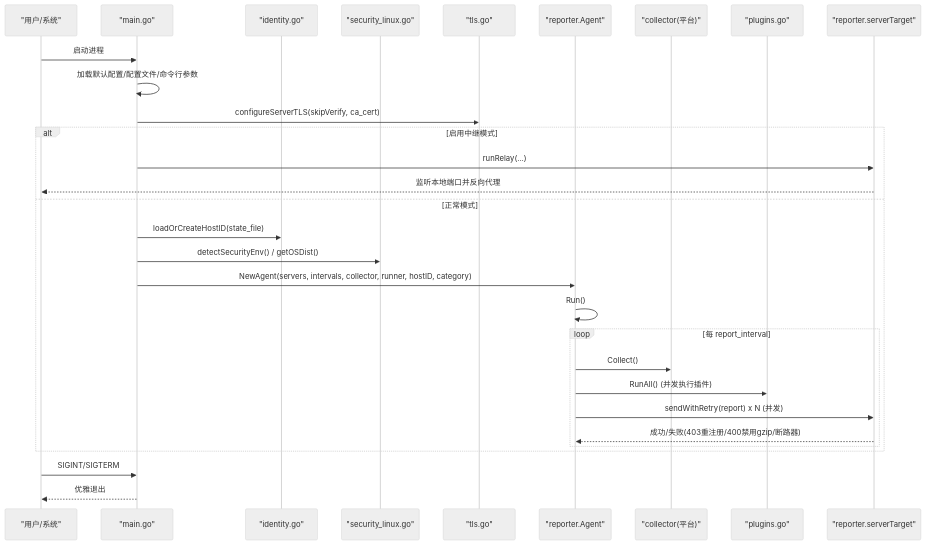
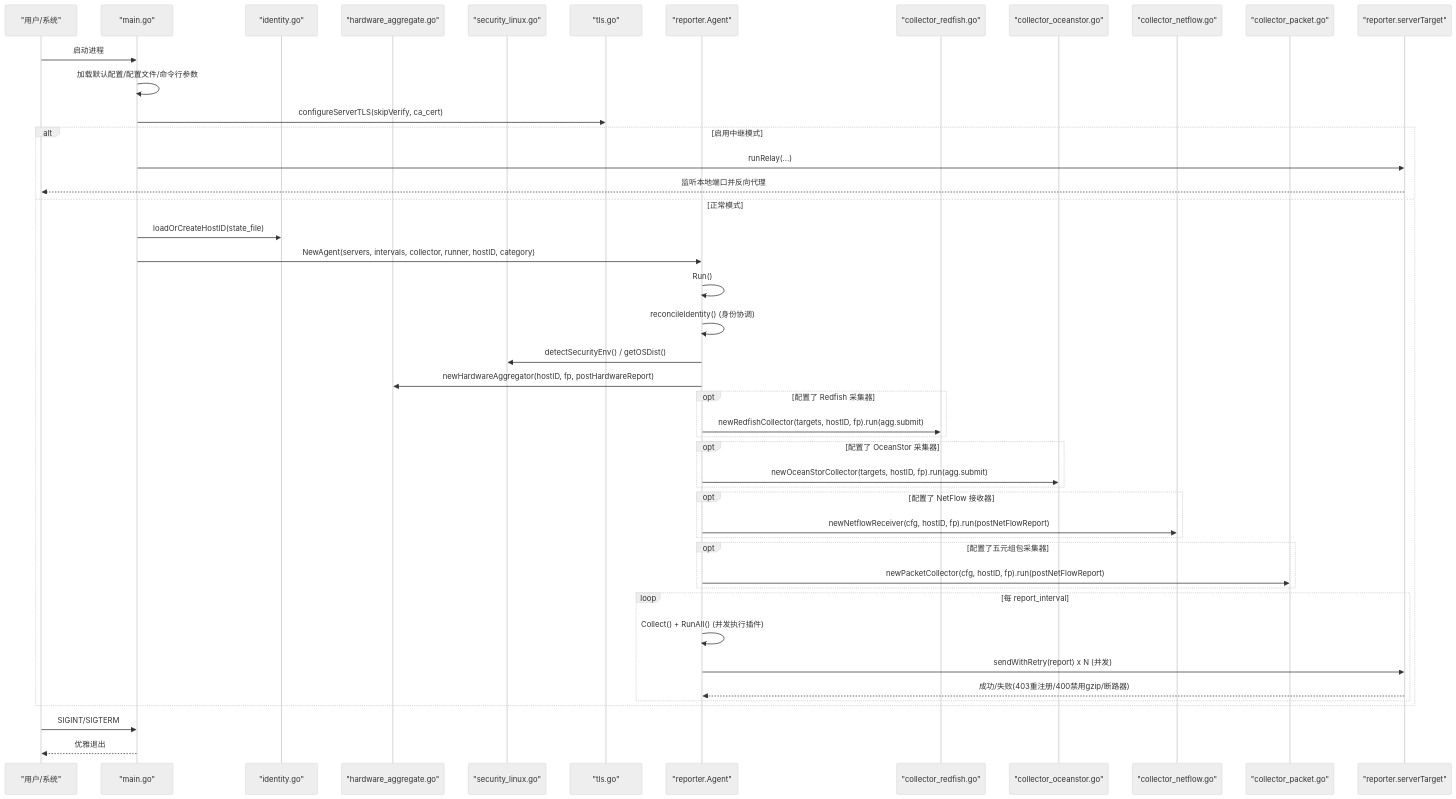
The second of 6 diagrams in .qoder/repowiki/zh/content/架构设计/Agent 客户端架构/Agent 核心架构.md (sreyun/aiops-monitor), drawn with Mermaid (neutral theme) before and after one commit. The commit also changed other lines of this file and 41 other files, not shown here.

````diff
--- a/.qoder/repowiki/zh/content/架构设计/Agent 客户端架构/Agent 核心架构.md
+++ b/.qoder/repowiki/zh/content/架构设计/Agent 客户端架构/Agent 核心架构.md
@@ -103,32 +134,48 @@
 ```mermaid
 sequenceDiagram
 participant U as "用户/系统"
 participant M as "main.go"
 participant I as "identity.go"
+participant H as "hardware_aggregate.go"
 participant S as "security_linux.go"
 participant T as "tls.go"
 participant A as "reporter.Agent"
-participant C as "collector(平台)"
-participant P as "plugins.go"
+participant RF as "collector_redfish.go"
+participant OS as "collector_oceanstor.go"
+participant NF as "collector_netflow.go"
+participant PK as "collector_packet.go"
 participant RT as "reporter.serverTarget"
 U->>M : 启动进程
 M->>M : 加载默认配置/配置文件/命令行参数
 M->>T : configureServerTLS(skipVerify, ca_cert)
 alt 启用中继模式
 M->>RT : runRelay(...)
 RT-->>U : 监听本地端口并反向代理
 else 正常模式
 M->>I : loadOrCreateHostID(state_file)
-M->>S : detectSecurityEnv() / getOSDist()
 M->>A : NewAgent(servers, intervals, collector, runner, hostID, category)
 A->>A : Run()
+A->>A : reconcileIdentity() (身份协调)
+A->>S : detectSecurityEnv() / getOSDist()
+A->>H : newHardwareAggregator(hostID, fp, postHardwareReport)
+opt 配置了 Redfish 采集器
+A->>RF : newRedfishCollector(targets, hostID, fp).run(agg.submit)
+end
+opt 配置了 OceanStor 采集器
+A->>OS : newOceanStorCollector(targets, hostID, fp).run(agg.submit)
+end
+opt 配置了 NetFlow 接收器
+A->>NF : newNetflowReceiver(cfg, hostID, fp).run(postNetFlowReport)
+end
+opt 配置了五元组包采集器
+A->>PK : newPacketCollector(cfg, hostID, fp).run(postNetFlowReport)
+end
 loop 每 report_interval
-A->>C : Collect()
-A->>P : RunAll() (并发执行插件)
+A->>A : Collect() + RunAll() (并发执行插件)
 A->>RT : sendWithRetry(report) x N (并发)
 RT-->>A : 成功/失败(403重注册/400禁用gzip/断路器)
 end
 end
 U->>M : SIGINT/SIGTERM
 M-->>U : 优雅退出
 ```
````
